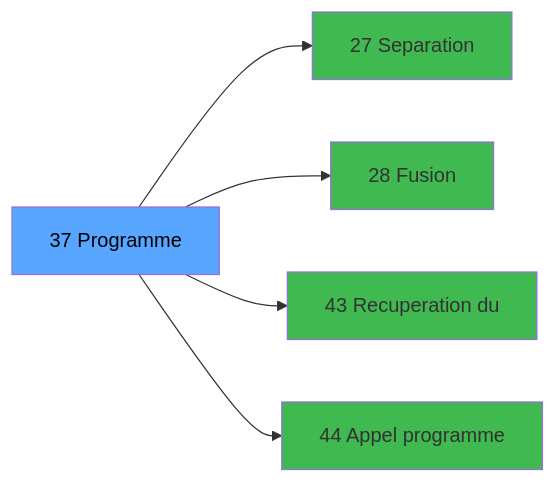
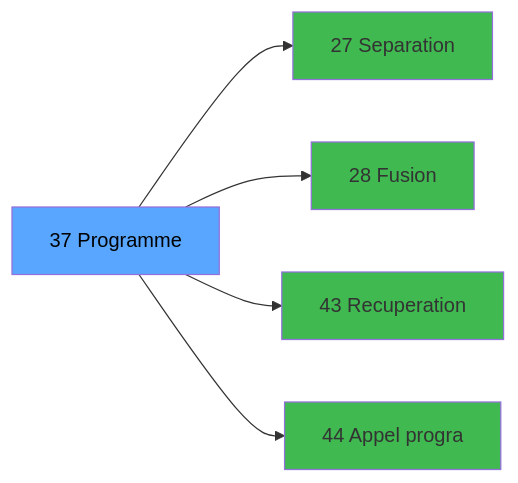
The third of 3 diagrams in .openspec/specs/ADH-IDE-37.md (thonyAGP/magic-migration), drawn with Mermaid before and after one commit. The commit also changed other lines of this file and 323 other files, not shown here.

````diff
--- a/.openspec/specs/ADH-IDE-37.md
+++ b/.openspec/specs/ADH-IDE-37.md
@@ -114,17 +133,17 @@
 ```mermaid
 graph LR
     T[37 Programme]
     C27[27 Separation]
     T --> C27
     C28[28 Fusion]
     T --> C28
-    C43[43 Recuperation du]
+    C43[43 Recuperation]
     T --> C43
-    C44[44 Appel programme]
+    C44[44 Appel progra]
     T --> C44
     style T fill:#58a6ff,color:#000
     style C27 fill:#3fb950
     style C28 fill:#3fb950
     style C43 fill:#3fb950
     style C44 fill:#3fb950
 ```
````
